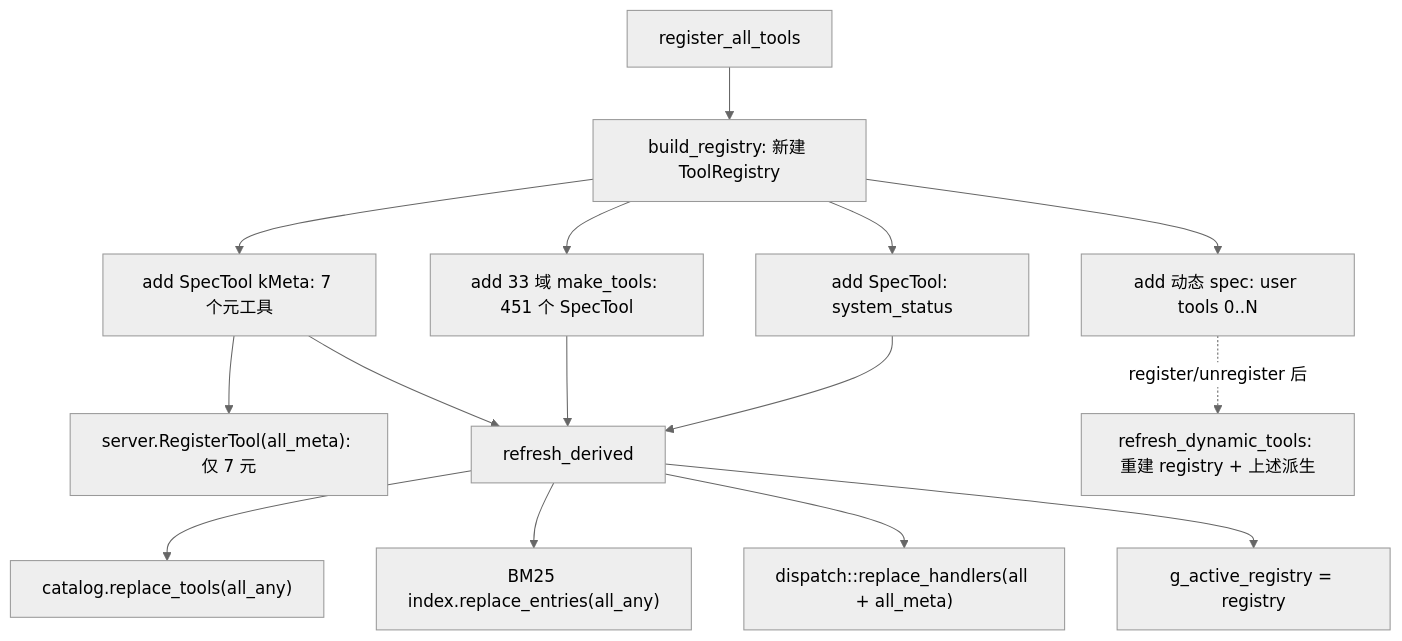
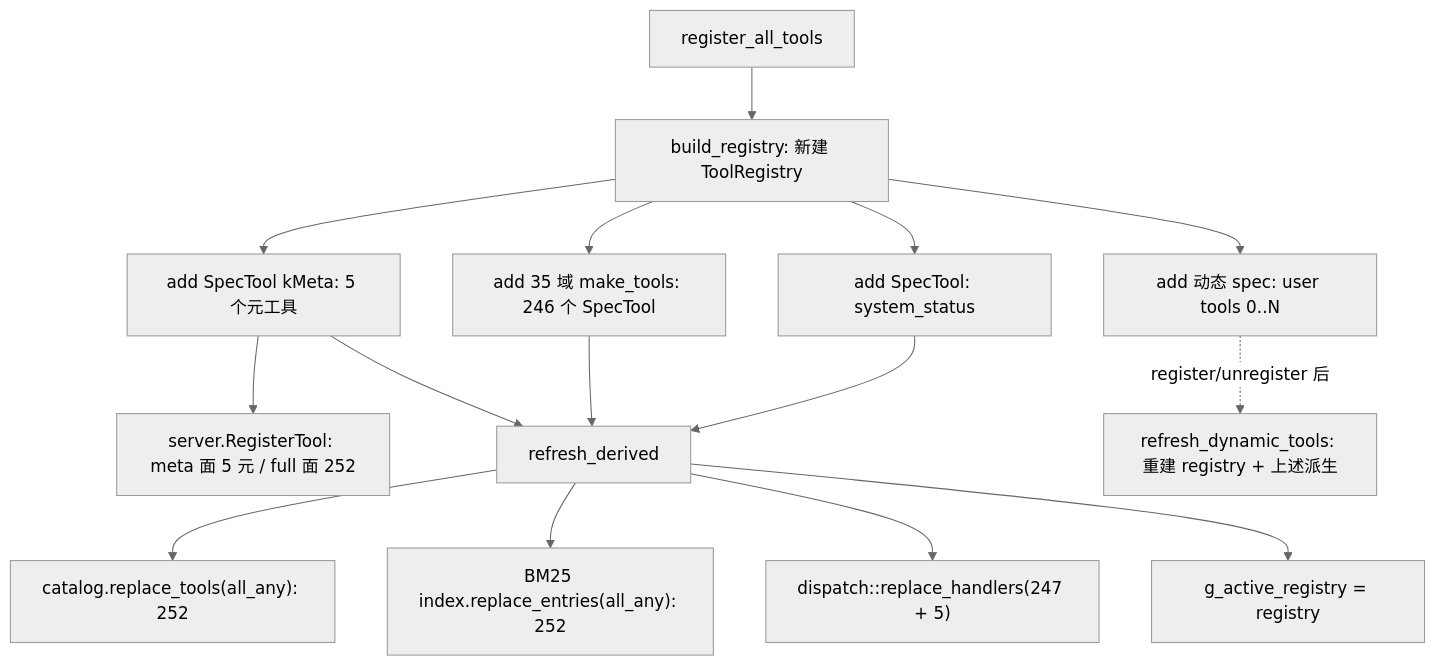
Before and after one commit to jesspig/Godot-Autopilot: the diagram in docs/wiki/modules/tools_registry.md, drawn with Mermaid (neutral theme). The commit also changed other lines of this file and 14 other files, not shown here.

````diff
--- a/docs/wiki/modules/tools_registry.md
+++ b/docs/wiki/modules/tools_registry.md
@@ -26,17 +26,17 @@
 ```mermaid
 flowchart TD
     A["register_all_tools"] --> B["build_registry: 新建 ToolRegistry"]
     B --> C["add SpecTool: system_status"]
-    B --> D["add 33 域 make_tools: 451 个 SpecTool"]
-    B --> E["add SpecTool kMeta: 7 个元工具"]
+    B --> D["add 35 域 make_tools: 246 个 SpecTool"]
+    B --> E["add SpecTool kMeta: 5 个元工具"]
     B --> F["add 动态 spec: user tools 0..N"]
-    E --> G["server.RegisterTool(all_meta): 仅 7 元"]
+    E --> G["server.RegisterTool: meta 面 5 元 / full 面 252"]
     C --> H["refresh_derived"]
     D --> H
     E --> H
-    H --> I["catalog.replace_tools(all_any)"]
-    H --> J["BM25 index.replace_entries(all_any)"]
-    H --> K["dispatch::replace_handlers(all + all_meta)"]
+    H --> I["catalog.replace_tools(all_any): 252"]
+    H --> J["BM25 index.replace_entries(all_any): 252"]
+    H --> K["dispatch::replace_handlers(247 + 5)"]
     H --> L["g_active_registry = registry"]
     F -. "register/unregister 后" .-> M["refresh_dynamic_tools: 重建 registry + 上述派生"]
 ```
````
